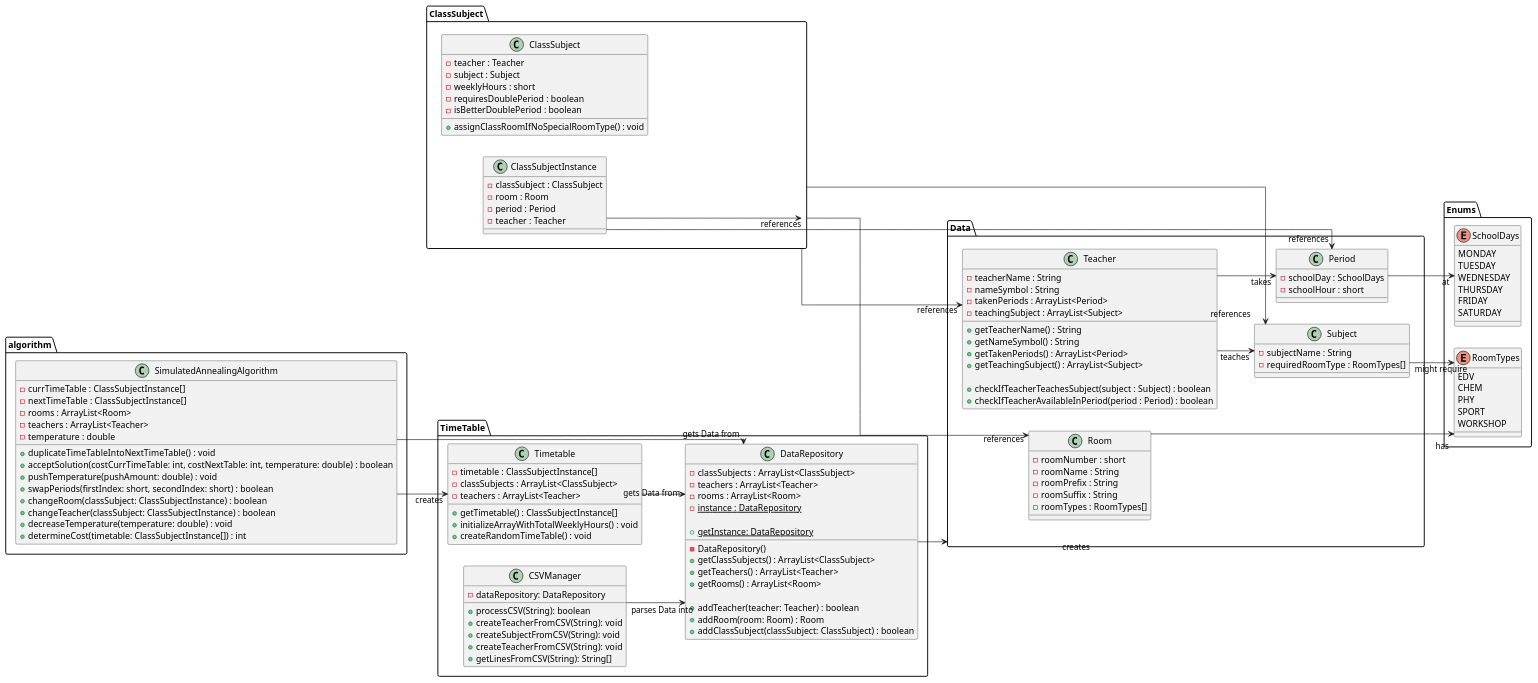
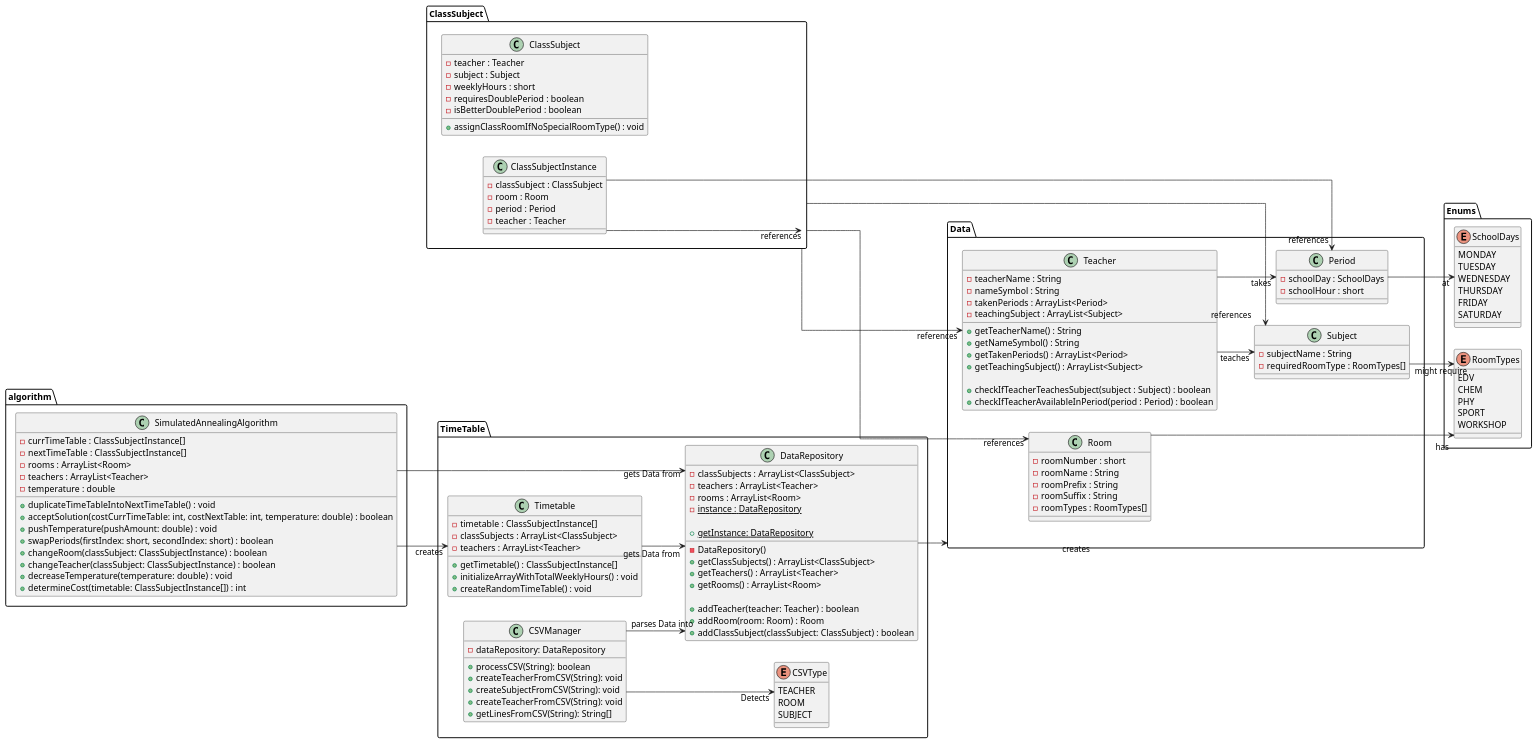
The diagram in documentation/class.puml (Lucaa0312/LeoPlaner), drawn with PlantUML before and after one commit. The commit also changed 2 other files, not shown here.

```diff
--- a/documentation/class.puml
+++ b/documentation/class.puml
@@ -1,163 +1,171 @@
 @startuml main
 left to right direction
 skinparam linetype ortho
 
 package "Enums" {
   enum RoomTypes {
       EDV
       CHEM
       PHY
       SPORT
       WORKSHOP
   }
 
   enum SchoolDays {
       MONDAY
       TUESDAY
       WEDNESDAY
       THURSDAY
       FRIDAY
       SATURDAY
   }
 }
 
 package "Data" {
   class Teacher {
       - teacherName : String
       - nameSymbol : String
       - takenPeriods : ArrayList<Period>
       - teachingSubject : ArrayList<Subject>
 
       + getTeacherName() : String
       + getNameSymbol() : String
       + getTakenPeriods() : ArrayList<Period>
       + getTeachingSubject() : ArrayList<Subject>
 
       + checkIfTeacherTeachesSubject(subject : Subject) : boolean
       + checkIfTeacherAvailableInPeriod(period : Period) : boolean
   }
 
   class Subject {
       - subjectName : String
       - requiredRoomType : RoomTypes[]
   }
 
   class Room {
       - roomNumber : short
       - roomName : String
       - roomPrefix : String
       - roomSuffix : String
       - roomTypes : RoomTypes[]
   }
 
   class Period {
       - schoolDay : SchoolDays
       - schoolHour : short
   }
 }
 
 package "ClassSubject" {
   class ClassSubject {
       - teacher : Teacher
       - subject : Subject 
       - weeklyHours : short
       - requiresDoublePeriod : boolean
       - isBetterDoublePeriod : boolean
 
       + assignClassRoomIfNoSpecialRoomType() : void
   }
 
   class ClassSubjectInstance {
       - classSubject : ClassSubject
       - room : Room
       - period : Period
       - teacher : Teacher
   }
 }
 
 package "TimeTable" {
     class Timetable {
         - timetable : ClassSubjectInstance[]
         - classSubjects : ArrayList<ClassSubject>
         - teachers : ArrayList<Teacher>
         
         + getTimetable() : ClassSubjectInstance[]
         + initializeArrayWithTotalWeeklyHours() : void
         + createRandomTimeTable() : void
     }
 
     class DataRepository {
         - classSubjects : ArrayList<ClassSubject>
         - teachers : ArrayList<Teacher>
         - rooms : ArrayList<Room>
         - {static} instance : DataRepository
 
         - DataRepository()
         + {static} getInstance: DataRepository
         + getClassSubjects() : ArrayList<ClassSubject>
         + getTeachers() : ArrayList<Teacher>
         + getRooms() : ArrayList<Room>
 
         + addTeacher(teacher: Teacher) : boolean
         + addRoom(room: Room) : Room
         + addClassSubject(classSubject: ClassSubject) : boolean
     }
 
+
+    enum CSVType {
+        TEACHER
+        ROOM
+        SUBJECT
+    }
+
     class CSVManager {
         - dataRepository: DataRepository
 
         + processCSV(String): boolean
         + createTeacherFromCSV(String): void
         + createSubjectFromCSV(String): void
         + createTeacherFromCSV(String): void
         + getLinesFromCSV(String): String[]
     }
 }
 
 package algorithm {
     class SimulatedAnnealingAlgorithm {
         - currTimeTable : ClassSubjectInstance[]
         - nextTimeTable : ClassSubjectInstance[]
         - rooms : ArrayList<Room>
         - teachers : ArrayList<Teacher>
         - temperature : double
 
         + duplicateTimeTableIntoNextTimeTable() : void
         + acceptSolution(costCurrTimeTable: int, costNextTable: int, temperature: double) : boolean
         + pushTemperature(pushAmount: double) : void
         + swapPeriods(firstIndex: short, secondIndex: short) : boolean
         + changeRoom(classSubject: ClassSubjectInstance) : boolean
         + changeTeacher(classSubject: ClassSubjectInstance) : boolean
         + decreaseTemperature(temperature: double) : void
         + determineCost(timetable: ClassSubjectInstance[]) : int
     }
 }
 
 
 Teacher --> "takes" Period
 Teacher --> "teaches" Subject
 
 Subject --> "might require" RoomTypes
 
 Room --> "has" RoomTypes
 
 Period --> "at" SchoolDays
 
 ClassSubject --> "references" Teacher
 ClassSubject --> "references" Subject
 ClassSubject --> "references" Room
 
 ClassSubjectInstance --> "references"  ClassSubject
 ClassSubjectInstance --> "references" Period
 
 Timetable --> "gets Data from" DataRepository
 CSVManager --> "parses Data into" DataRepository
+CSVManager --> "Detects" CSVType
 
 SimulatedAnnealingAlgorithm --> "gets Data from" DataRepository
 SimulatedAnnealingAlgorithm --> "creates" Timetable
 
 DataRepository --> "creates" Data
 
 
 
 @enduml
```
